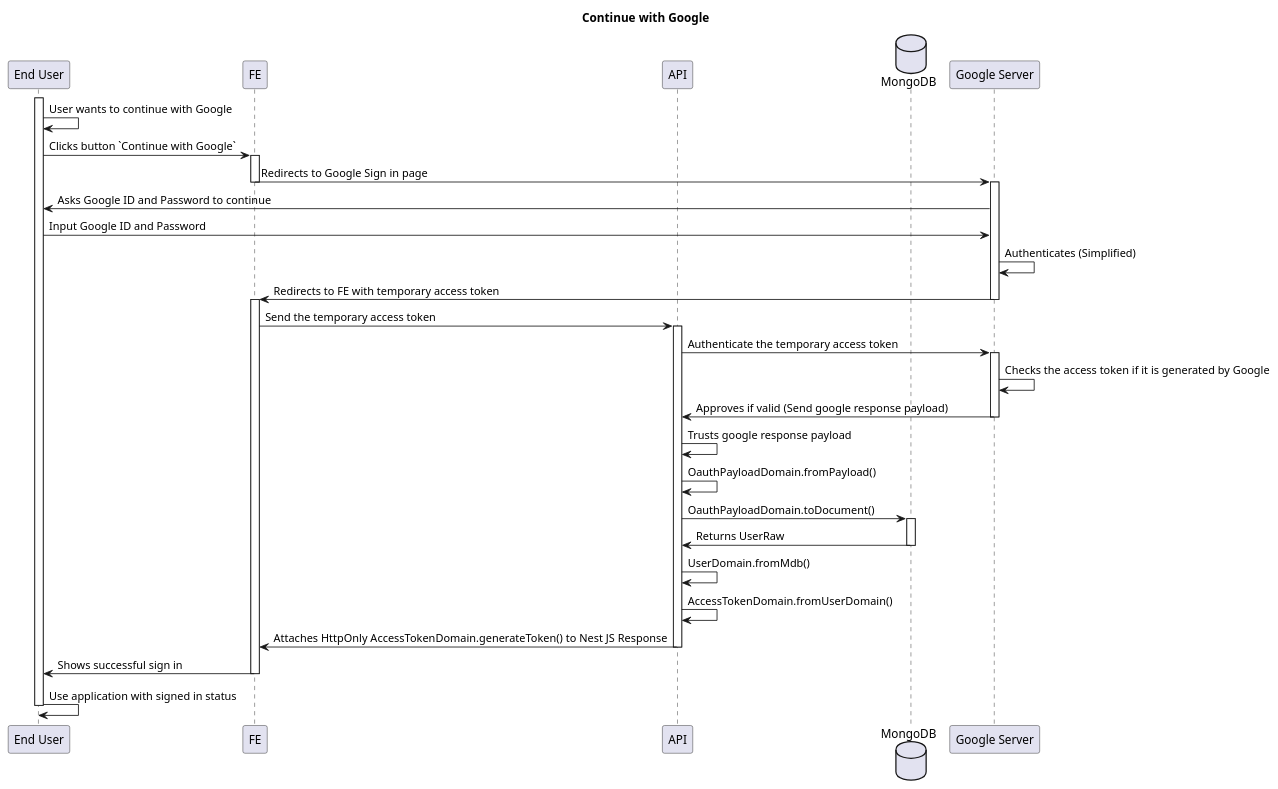
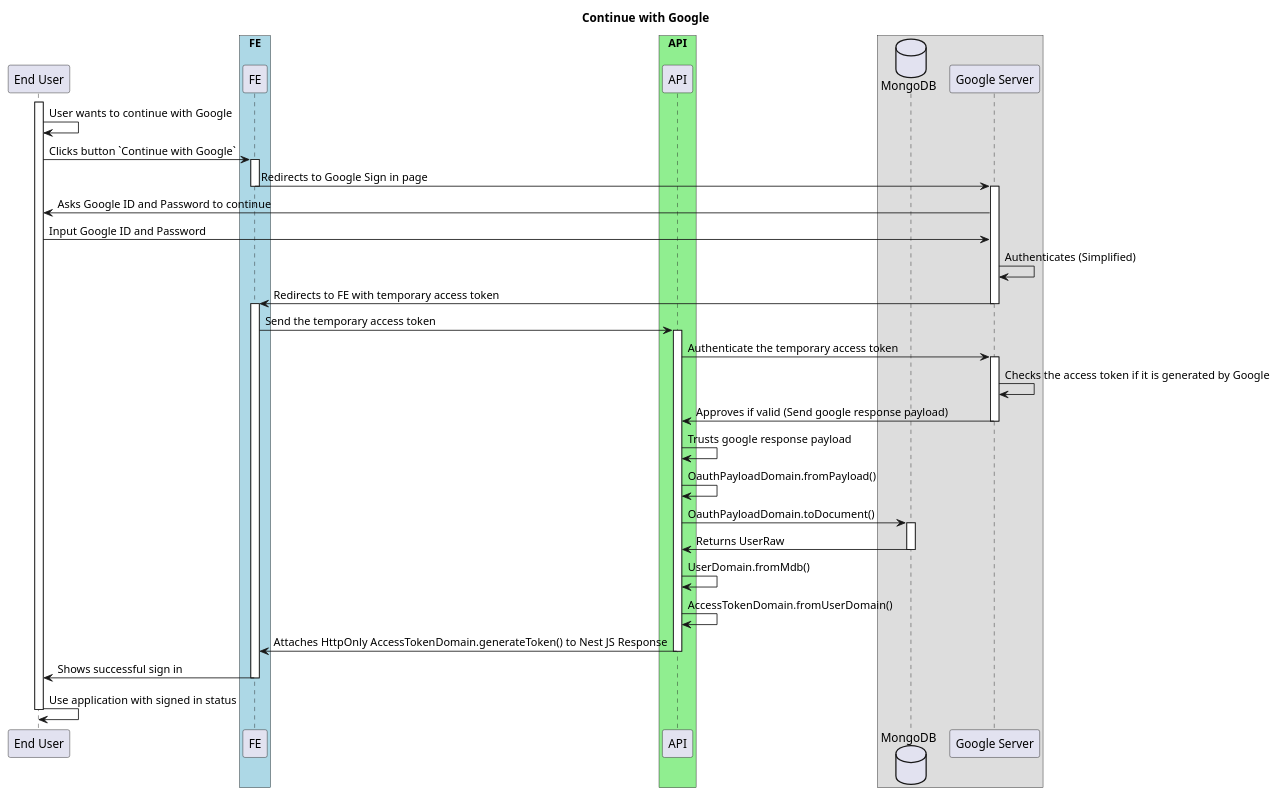
Before and after one commit to ajktown/docs: the diagram in dev/diagrams/auth-flow.md, drawn with PlantUML.

Commit message:
Doc Auth Flow with Color

````diff
--- a/dev/diagrams/auth-flow.md
+++ b/dev/diagrams/auth-flow.md
@@ -13,49 +13,54 @@
 ```plantuml
 
 @startuml
 
 title Continue with Google
 
 participant "End User" as user
-participant "FE" as fe
-participant "API" as api
+
+box "FE" #Lightblue
+  participant "FE" as fe
+box
+box "API" #Lightgreen
+  participant "API" as api
+box
 database "MongoDB" as db
 participant "Google Server" as google
 
 activate user
   user -> user: User wants to continue with Google
   user -> fe: Clicks button `Continue with Google`
   activate fe
     fe -> google: Redirects to Google Sign in page
   deactivate fe
   activate google
     user <- google: Asks Google ID and Password to continue
     user -> google: Input Google ID and Password
     google -> google: Authenticates (Simplified)
     fe <- google: Redirects to FE with temporary access token
   deactivate google
   activate fe
     fe -> api: Send the temporary access token
     activate api
       api -> google: Authenticate the temporary access token
       activate google
         google -> google: Checks the access token if it is generated by Google
         api <- google: Approves if valid (Send google response payload)
       deactivate google
       api -> api: Trusts google response payload
       api -> api: OauthPayloadDomain.fromPayload()
       api -> db: OauthPayloadDomain.toDocument()
       activate db
         api <- db: Returns UserRaw
       deactivate db
       api -> api: UserDomain.fromMdb()
       api -> api: AccessTokenDomain.fromUserDomain()
       fe <- api: Attaches HttpOnly AccessTokenDomain.generateToken() to Nest JS Response
     deactivate api
     user <- fe: Shows successful sign in
   deactivate fe
   user -> user: Use application with signed in status
 deactivate user
 
 
 ```
````
